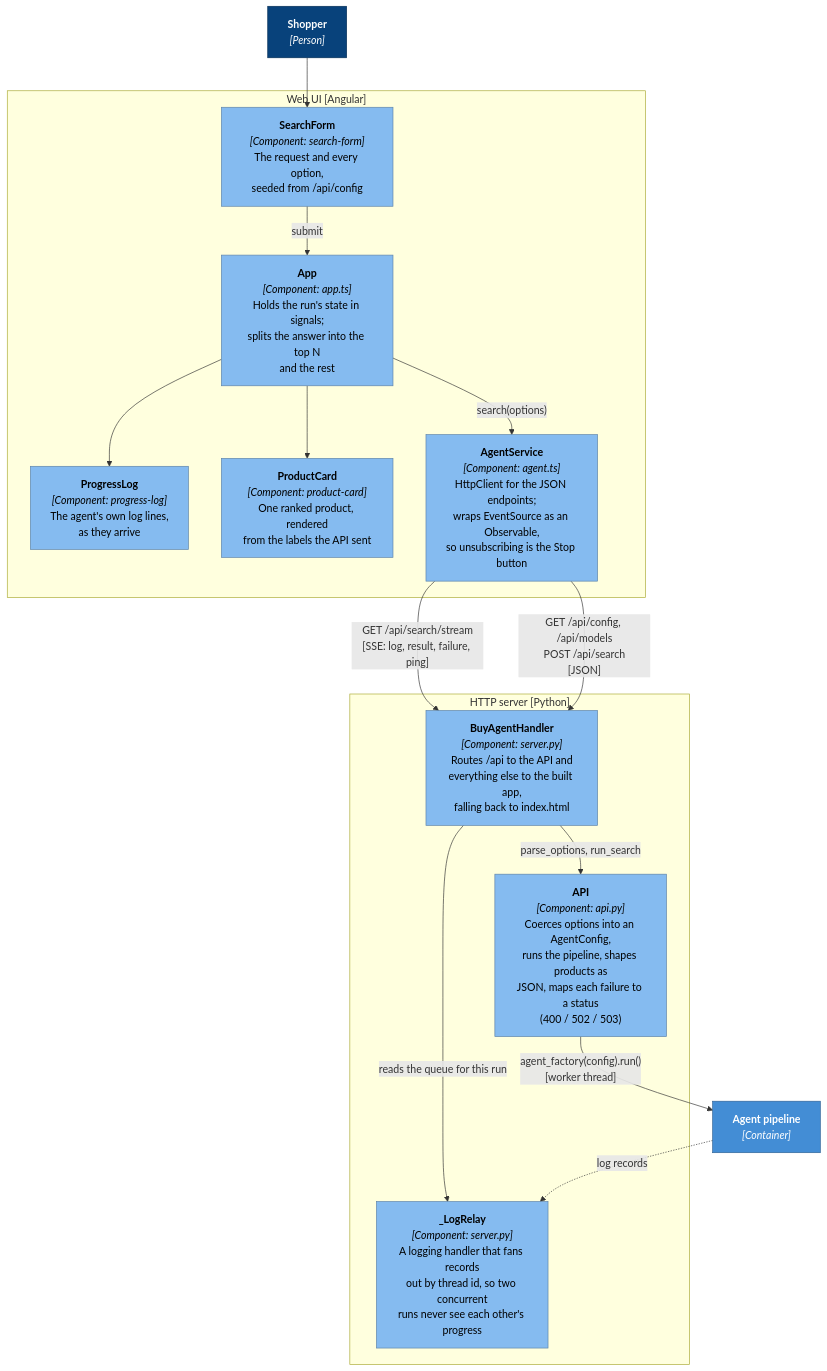
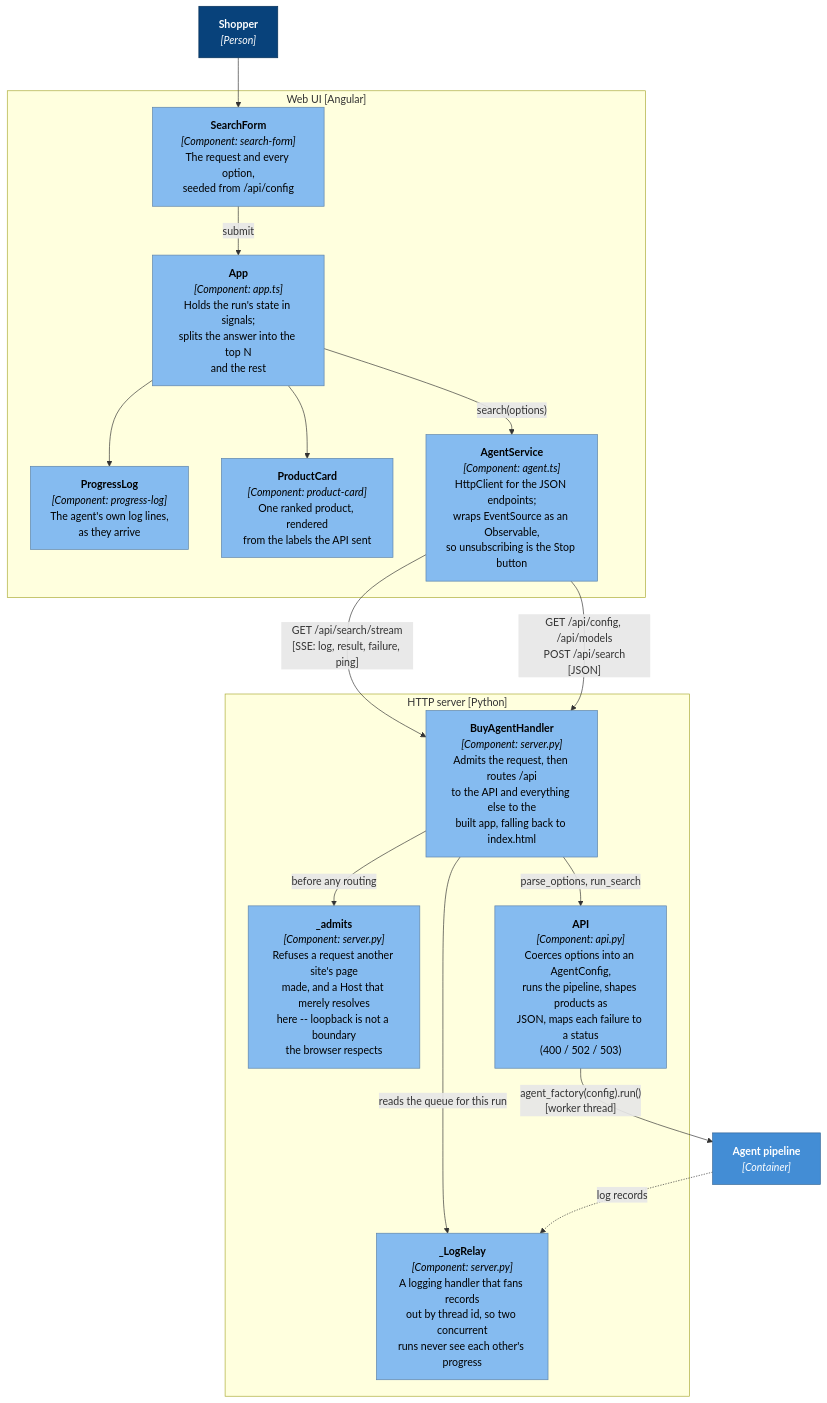
Before and after one commit to adamw7/buy_agent: the fourth of 5 diagrams in docs/architecture.md, drawn with Mermaid. The commit also changed other lines of this file and 7 other files, not shown here.

````diff
--- a/docs/architecture.md
+++ b/docs/architecture.md
@@ -168,40 +171,42 @@
 ```mermaid
 graph TB
     browserUser["<b>Shopper</b><br/><i>[Person]</i>"]
 
     subgraph spa["Web UI [Angular]"]
         app["<b>App</b><br/><i>[Component: app.ts]</i><br/>Holds the run's state in signals;<br/>splits the answer into the top N<br/>and the rest"]
         form["<b>SearchForm</b><br/><i>[Component: search-form]</i><br/>The request and every option,<br/>seeded from /api/config"]
         log["<b>ProgressLog</b><br/><i>[Component: progress-log]</i><br/>The agent's own log lines,<br/>as they arrive"]
         card["<b>ProductCard</b><br/><i>[Component: product-card]</i><br/>One ranked product, rendered<br/>from the labels the API sent"]
         agentsvc["<b>AgentService</b><br/><i>[Component: agent.ts]</i><br/>HttpClient for the JSON endpoints;<br/>wraps EventSource as an Observable,<br/>so unsubscribing is the Stop button"]
     end
 
     subgraph srv["HTTP server [Python]"]
-        handler["<b>BuyAgentHandler</b><br/><i>[Component: server.py]</i><br/>Routes /api to the API and<br/>everything else to the built app,<br/>falling back to index.html"]
+        handler["<b>BuyAgentHandler</b><br/><i>[Component: server.py]</i><br/>Admits the request, then routes /api<br/>to the API and everything else to the<br/>built app, falling back to index.html"]
+        guard["<b>_admits</b><br/><i>[Component: server.py]</i><br/>Refuses a request another site's page<br/>made, and a Host that merely resolves<br/>here -- loopback is not a boundary<br/>the browser respects"]
         relay["<b>_LogRelay</b><br/><i>[Component: server.py]</i><br/>A logging handler that fans records<br/>out by thread id, so two concurrent<br/>runs never see each other's progress"]
         api["<b>API</b><br/><i>[Component: api.py]</i><br/>Coerces options into an AgentConfig,<br/>runs the pipeline, shapes products as<br/>JSON, maps each failure to a status<br/>(400 / 502 / 503)"]
     end
 
     agentpipeline["<b>Agent pipeline</b><br/><i>[Container]</i>"]
 
     browserUser --> form
     form -->|"submit"| app
     app --> log
     app --> card
     app -->|"search(options)"| agentsvc
     agentsvc -->|"GET /api/search/stream<br/>[SSE: log, result, failure, ping]"| handler
     agentsvc -->|"GET /api/config, /api/models<br/>POST /api/search<br/>[JSON]"| handler
 
+    handler -->|"before any routing"| guard
     handler -->|"parse_options, run_search"| api
     handler -->|"reads the queue for this run"| relay
     api -->|"agent_factory(config).run()<br/>[worker thread]"| agentpipeline
     agentpipeline -.->|"log records"| relay
 
     classDef person fill:#08427b,stroke:#052e56,color:#fff
     classDef container fill:#438dd5,stroke:#2e6295,color:#fff
     classDef component fill:#85bbf0,stroke:#5d82a8,color:#000
     class browserUser person
     class agentpipeline container
-    class app,form,log,card,agentsvc,handler,relay,api component
+    class app,form,log,card,agentsvc,handler,guard,relay,api component
 ```
````
